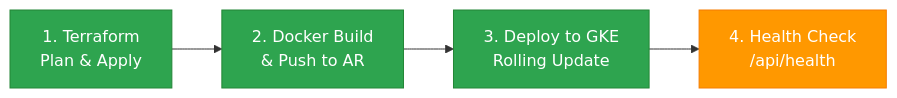
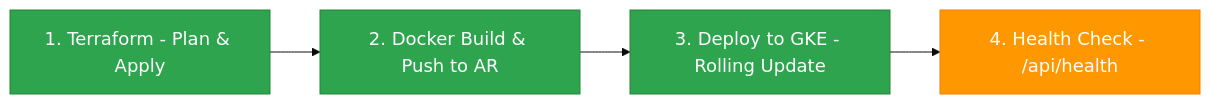
Before and after one commit to declanshanaghy/fenrir-ledger: the third of 9 diagrams in architecture/system-design.md, drawn with Mermaid. The commit also changed other lines of this file and 2 other files, not shown here.

First line of the commit message:
chore: add fontSize and line-break rules to mermaid style guide

````diff
--- a/architecture/system-design.md
+++ b/architecture/system-design.md
@@ -106,14 +108,15 @@
 ```mermaid
+%%{init: {'theme': 'base', 'themeVariables': {'fontSize': '18px'}}}%%
 graph LR
     classDef stage fill:#2EA44F,stroke:#238636,color:#FFF
     classDef check fill:#FF9800,stroke:#F57C00,color:#FFF
 
-    tf[1. Terraform\nPlan & Apply] --> build[2. Docker Build\n& Push to AR]
-    build --> deploy[3. Deploy to GKE\nRolling Update]
-    deploy --> health[4. Health Check\n/api/health]
+    tf[1. Terraform - Plan & Apply] --> build[2. Docker Build & Push to AR]
+    build --> deploy[3. Deploy to GKE - Rolling Update]
+    deploy --> health[4. Health Check - /api/health]
 
     class tf stage
     class build stage
     class deploy stage
     class health check
 ```
````
